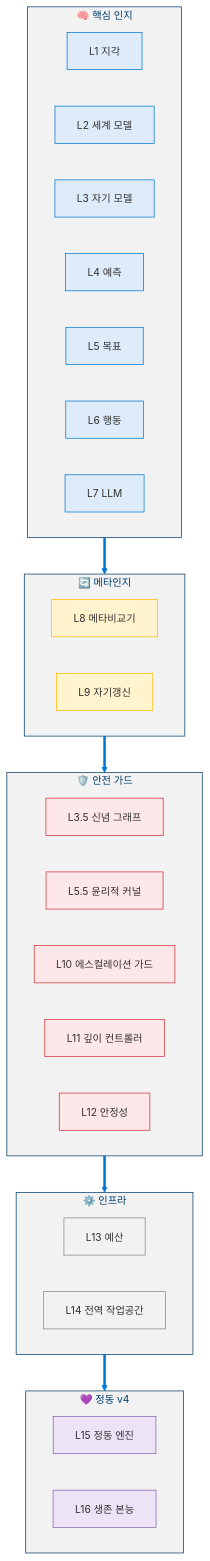
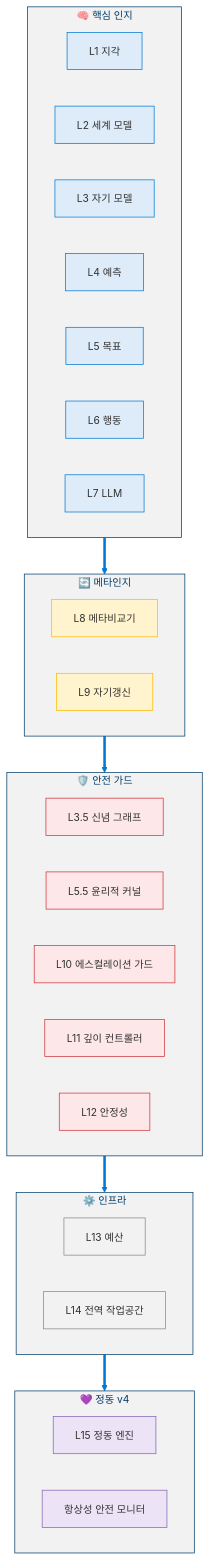
The fifth of 19 diagrams in docs/levels/Level_3_Self_Regulating_Agent.ko.md (dotnetpower/mscp), drawn with Mermaid before and after one commit. The commit also changed other lines of this file and 21 other files, not shown here.

````diff
--- a/docs/levels/Level_3_Self_Regulating_Agent.ko.md
+++ b/docs/levels/Level_3_Self_Regulating_Agent.ko.md
@@ -383,52 +425,52 @@
 ```mermaid
 %%{init: {'theme': 'base', 'themeVariables': {'primaryColor': '#0078D4', 'primaryTextColor': '#003D6B', 'primaryBorderColor': '#003D6B', 'secondaryColor': '#50E6FF', 'secondaryTextColor': '#323130', 'secondaryBorderColor': '#00BCF2', 'tertiaryColor': '#F2F2F2', 'tertiaryTextColor': '#323130', 'lineColor': '#0078D4', 'textColor': '#323130', 'mainBkg': '#DEECF9', 'nodeBorder': '#0078D4', 'clusterBkg': '#F2F2F2', 'clusterBorder': '#003D6B', 'titleColor': '#003D6B', 'edgeLabelBackground': '#FFFFFF', 'fontSize': '14px'}}}%%
 flowchart TB
   classDef core fill:#DEECF9,stroke:#0078D4,color:#323130
   classDef meta fill:#FFF4CE,stroke:#FFB900,color:#323130
   classDef safety fill:#FDE7E9,stroke:#D13438,color:#323130
   classDef infra fill:#F2F2F2,stroke:#8A8886,color:#323130
   classDef affect fill:#EDE3F6,stroke:#8764B8,color:#323130
 
   subgraph Core["🧠 핵심 인지"]
     direction LR
     C1["L1 지각"]:::core
     C2["L2 세계 모델"]:::core
     C3["L3 자기 모델"]:::core
     C4["L4 예측"]:::core
     C5["L5 목표"]:::core
     C6["L6 행동"]:::core
     C7["L7 LLM"]:::core
   end
 
   subgraph Meta["🔄 메타인지"]
     direction LR
     M1["L8 메타비교기"]:::meta
     M2["L9 자기갱신"]:::meta
   end
 
   subgraph Safety["🛡️ 안전 가드"]
     direction LR
     S1["L3.5 신념 그래프"]:::safety
     S2["L5.5 윤리적 커널"]:::safety
     S3["L10 에스컬레이션 가드"]:::safety
     S4["L11 깊이 컨트롤러"]:::safety
     S5["L12 안정성"]:::safety
   end
 
   subgraph Infra["⚙️ 인프라"]
     direction LR
     I1["L13 예산"]:::infra
     I2["L14 전역 작업공간"]:::infra
   end
 
   subgraph Emotion["💜 정동 v4"]
     direction LR
     E1["L15 정동 엔진"]:::affect
-    E2["L16 생존 본능"]:::affect
+    E2["항상성 안전 모니터"]:::affect
   end
 
   Core ==> Meta
   Meta ==> Safety
   Safety ==> Infra
   Infra ==> Emotion
 ```
````
